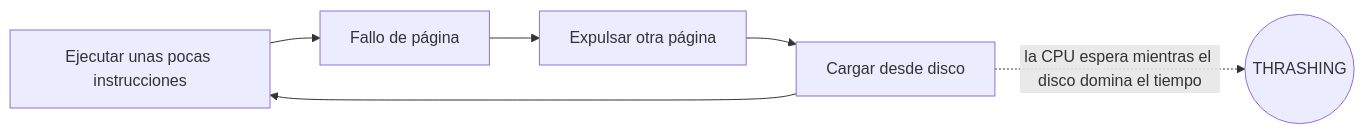
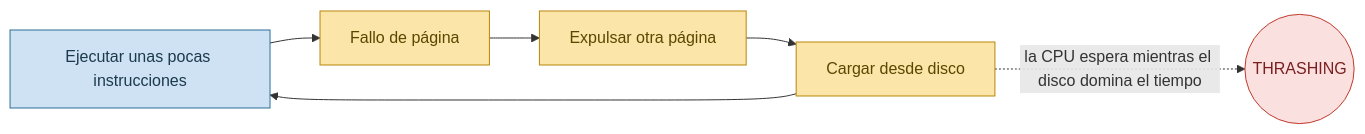
Before and after one commit to asiermarzo/ssoo: the seventh of 7 diagrams in TEORIA/06-gestion-de-memoria/README.md, drawn with Mermaid. The commit also changed other lines of this file and 25 other files, not shown here.

Commit message:
refinado de diagramas mermaid y svg

````diff
--- a/TEORIA/06-gestion-de-memoria/README.md
+++ b/TEORIA/06-gestion-de-memoria/README.md
@@ -579,8 +693,15 @@
 ```mermaid
 flowchart LR
     A[Ejecutar unas pocas instrucciones] --> F[Fallo de página]
     F --> O[Expulsar otra página]
     O --> C[Cargar desde disco]
     C --> A
     C -. la CPU espera mientras el disco domina el tiempo .-> T((THRASHING))
+
+    classDef ejecutar fill:#cfe2f3,stroke:#2b6f99,color:#1b3a4b;
+    classDef ciclo fill:#fce5a8,stroke:#b8860b,color:#5c4600;
+    classDef alerta fill:#fbe0e0,stroke:#c0392b,color:#7a1f1f;
+    class A ejecutar;
+    class F,O,C ciclo;
+    class T alerta;
 ```
````
